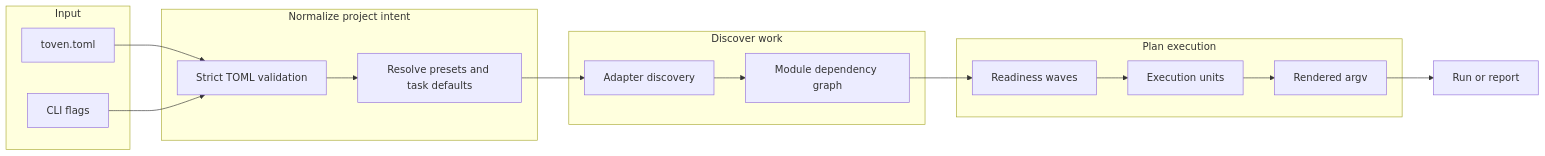
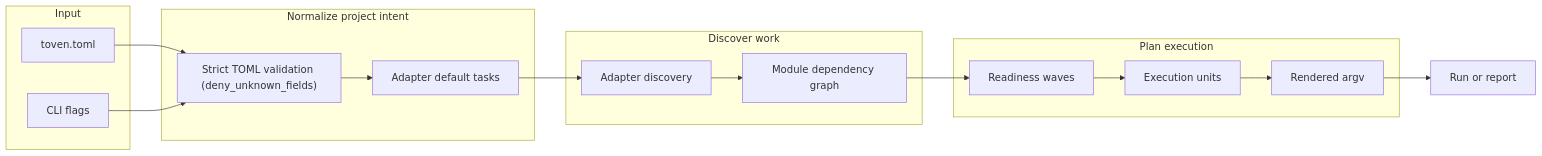
The first of 4 diagrams in docs/architecture.md (kbukum/toven), drawn with Mermaid before and after one commit. The commit also changed other lines of this file and 13 other files, not shown here.

````diff
--- a/docs/architecture.md
+++ b/docs/architecture.md
@@ -53,33 +52,33 @@
 ```mermaid
 flowchart LR
     subgraph Input
         Config["toven.toml"]
         Cli["CLI flags"]
     end
 
     subgraph Normalize["Normalize project intent"]
-        Strict["Strict TOML validation"]
-        Presets["Resolve presets and task defaults"]
+        Strict["Strict TOML validation (deny_unknown_fields)"]
+        Defaults["Adapter default tasks"]
     end
 
     subgraph Discover["Discover work"]
         Adapter["Adapter discovery"]
         Graph["Module dependency graph"]
     end
 
     subgraph Plan["Plan execution"]
         Waves["Readiness waves"]
         Units["Execution units"]
         Render["Rendered argv"]
     end
 
     Config --> Strict
     Cli --> Strict
-    Strict --> Presets
-    Presets --> Adapter
+    Strict --> Defaults
+    Defaults --> Adapter
     Adapter --> Graph
     Graph --> Waves
     Waves --> Units
     Units --> Render
     Render --> Output["Run or report"]
 ```
````
